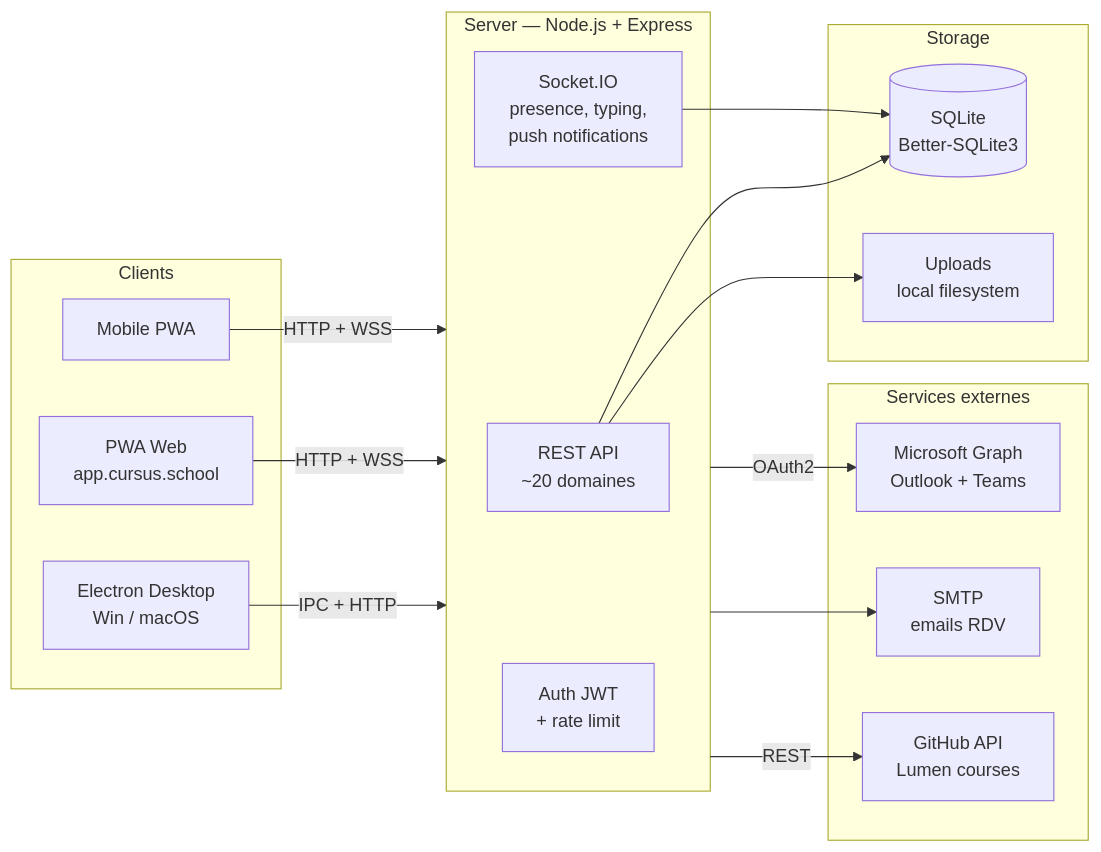
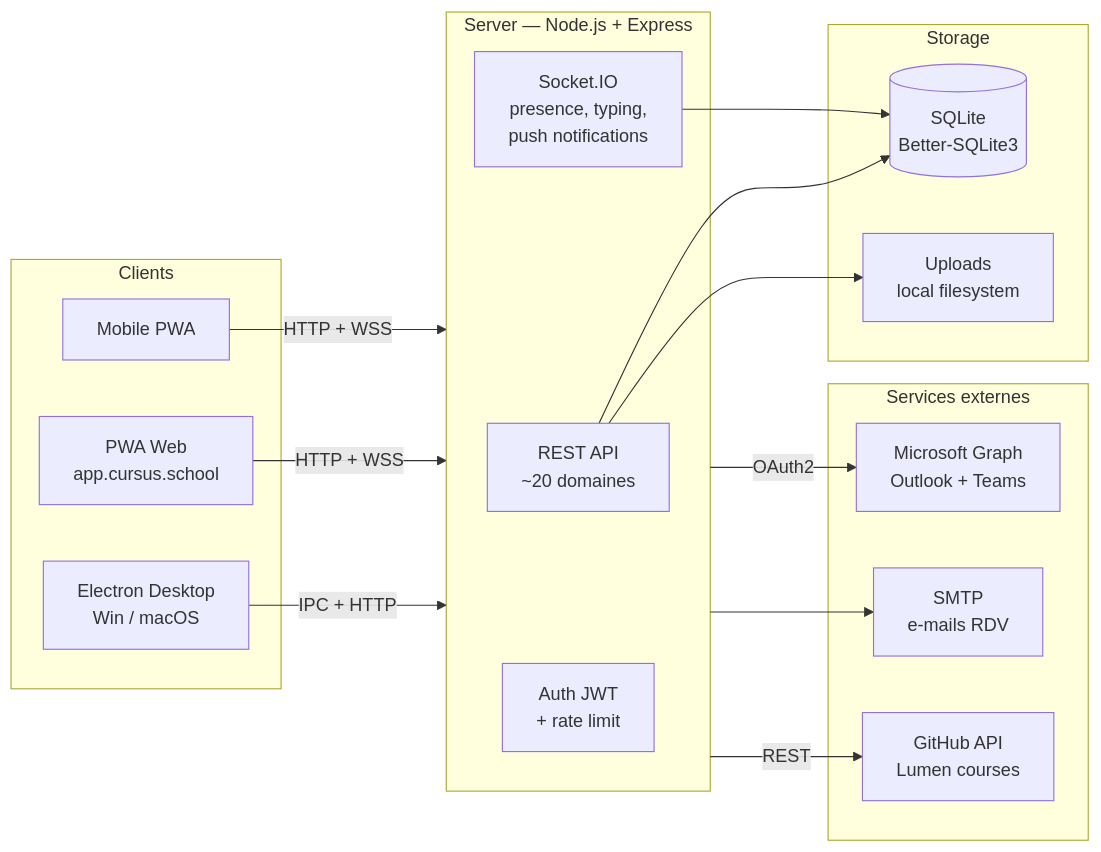
The diagram in README.md (rohanfosse/slack-like-electron), drawn with Mermaid before and after one commit. The commit also changed other lines of this file, not shown here.

````diff
--- a/README.md
+++ b/README.md
@@ -355,37 +355,37 @@
 ```mermaid
 flowchart LR
     subgraph Clients
         D[Electron Desktop<br/>Win / macOS]
         W[PWA Web<br/>app.cursus.school]
         M[Mobile PWA]
     end
 
     subgraph Server[Server &mdash; Node.js + Express]
         API[REST API<br/>~20 domaines]
         WS[Socket.IO<br/>presence, typing,<br/>push notifications]
         AUTH[Auth JWT<br/>+ rate limit]
     end
 
     subgraph Storage
         SQ[(SQLite<br/>Better-SQLite3)]
         FS[Uploads<br/>local filesystem]
     end
 
     subgraph External[Services externes]
         MS[Microsoft Graph<br/>Outlook + Teams]
-        SMTP[SMTP<br/>emails RDV]
+        SMTP[SMTP<br/>e-mails RDV]
         GH[GitHub API<br/>Lumen courses]
     end
 
     D -->|IPC + HTTP| Server
     W -->|HTTP + WSS| Server
     M -->|HTTP + WSS| Server
 
     API --> SQ
     API --> FS
     WS --> SQ
 
     Server -->|OAuth2| MS
     Server --> SMTP
     Server -->|REST| GH
 ```
````
